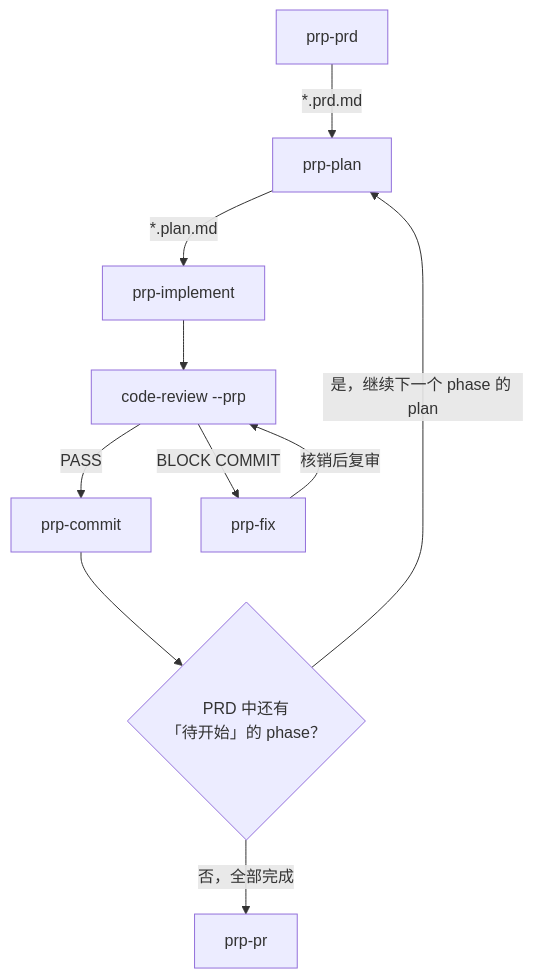
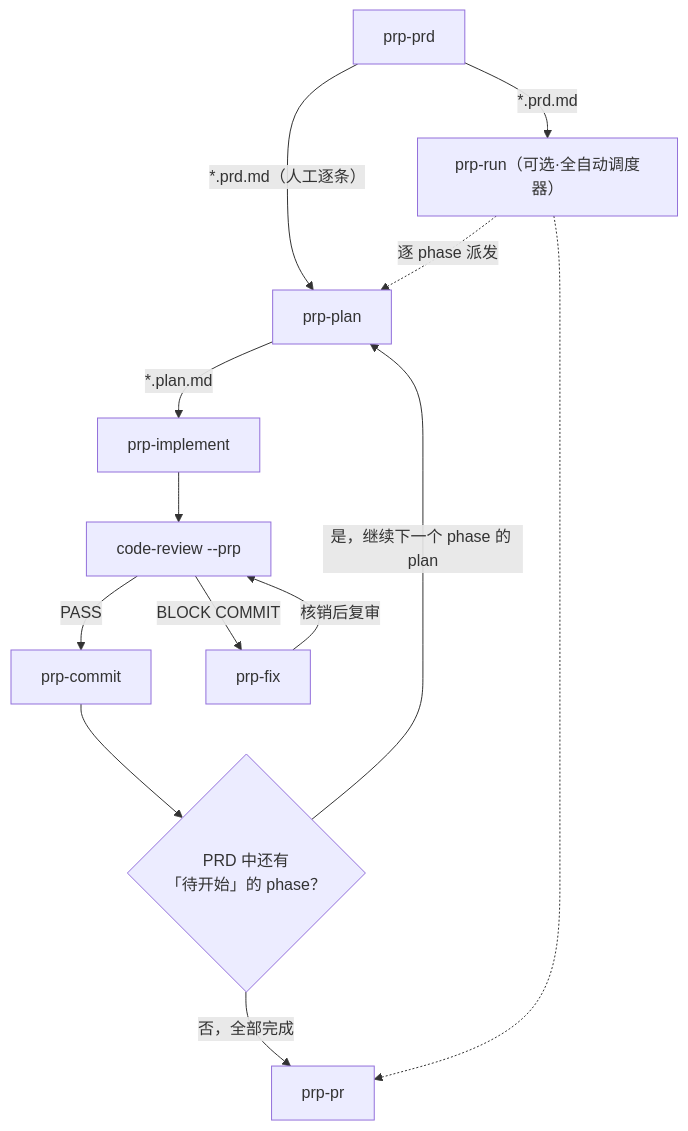
One commit to AIMeta3S/ECC-study- changed the diagram in custom-install/aimeta3s/install-src/docs/command-helper.md. Above: the diagram before and after it, drawn with Mermaid. The commit also changed other lines of this file and 6 other files, not shown here.

````diff
--- a/custom-install/aimeta3s/install-src/docs/command-helper.md
+++ b/custom-install/aimeta3s/install-src/docs/command-helper.md
@@ -115,12 +116,15 @@
 ```mermaid
 flowchart TD
-    A["prp-prd"] -->|"*.prd.md"| B["prp-plan"]
+    A["prp-prd"] -->|"*.prd.md（人工逐条）"| B["prp-plan"]
+    A -->|"*.prd.md"| R["prp-run（可选·全自动调度器）"]
+    R -.->|"逐 phase 派发"| B
     B -->|"*.plan.md"| C["prp-implement"]
     C --> G["code-review --prp"]
     G -->|"PASS"| E["prp-commit"]
     G -->|"BLOCK COMMIT"| H["prp-fix"]
     H -->|"核销后复审"| G
     E --> D{"PRD 中还有<br/>「待开始」的 phase？"}
     D -->|是，继续下一个 phase 的 plan| B
     D -->|否，全部完成| F["prp-pr"]
+    R -.-> F
 ```
````
